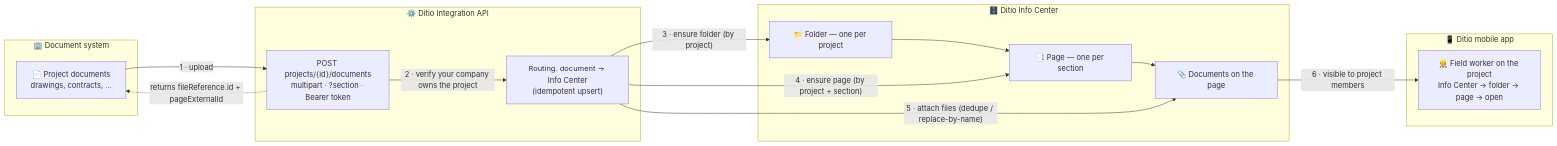
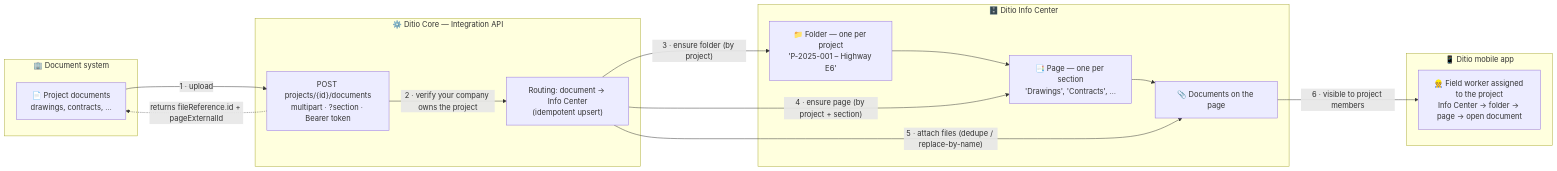
The second of 2 diagrams in documents/README.md (ditioas/Ditio.Core.Samples.Integrations), drawn with Mermaid before and after one commit. The commit also changed other lines of this file, not shown here.

First line of the commit message:
docs(documents): port full integration guide into samples README

````diff
--- a/documents/README.md
+++ b/documents/README.md
@@ -11,27 +66,31 @@
 ```mermaid
 flowchart LR
     subgraph Src["🏢 Document system"]
         D["📄 Project documents<br/>drawings, contracts, …"]
     end
-    subgraph API["⚙️ Ditio Integration API"]
+
+    subgraph API["⚙️ Ditio Core — Integration API"]
         EP["POST projects/{id}/documents<br/>multipart · ?section · Bearer token"]
         SVC["Routing: document → Info Center<br/>(idempotent upsert)"]
     end
+
     subgraph Store["🗄️ Ditio Info Center"]
-        FOLDER["📁 Folder — one per project"]
-        PAGE["📑 Page — one per section"]
+        FOLDER["📁 Folder — one per project<br/>'P-2025-001 – Highway E6'"]
+        PAGE["📑 Page — one per section<br/>'Drawings', 'Contracts', …"]
         FILE["📎 Documents on the page"]
     end
+
     subgraph Mobile["📱 Ditio mobile app"]
-        FW["👷 Field worker on the project<br/>Info Center → folder → page → open"]
+        FW["👷 Field worker assigned to the project<br/>Info Center → folder → page → open document"]
     end
+
     D -->|"1 · upload"| EP
     EP -->|"2 · verify your company owns the project"| SVC
     SVC -->|"3 · ensure folder (by project)"| FOLDER
     FOLDER --> PAGE
     SVC -->|"4 · ensure page (by project + section)"| PAGE
     PAGE --> FILE
     SVC -->|"5 · attach files (dedupe / replace-by-name)"| FILE
     FILE -->|"6 · visible to project members"| FW
     EP -.->|"returns fileReference.id + pageExternalId"| D
 ```
````
